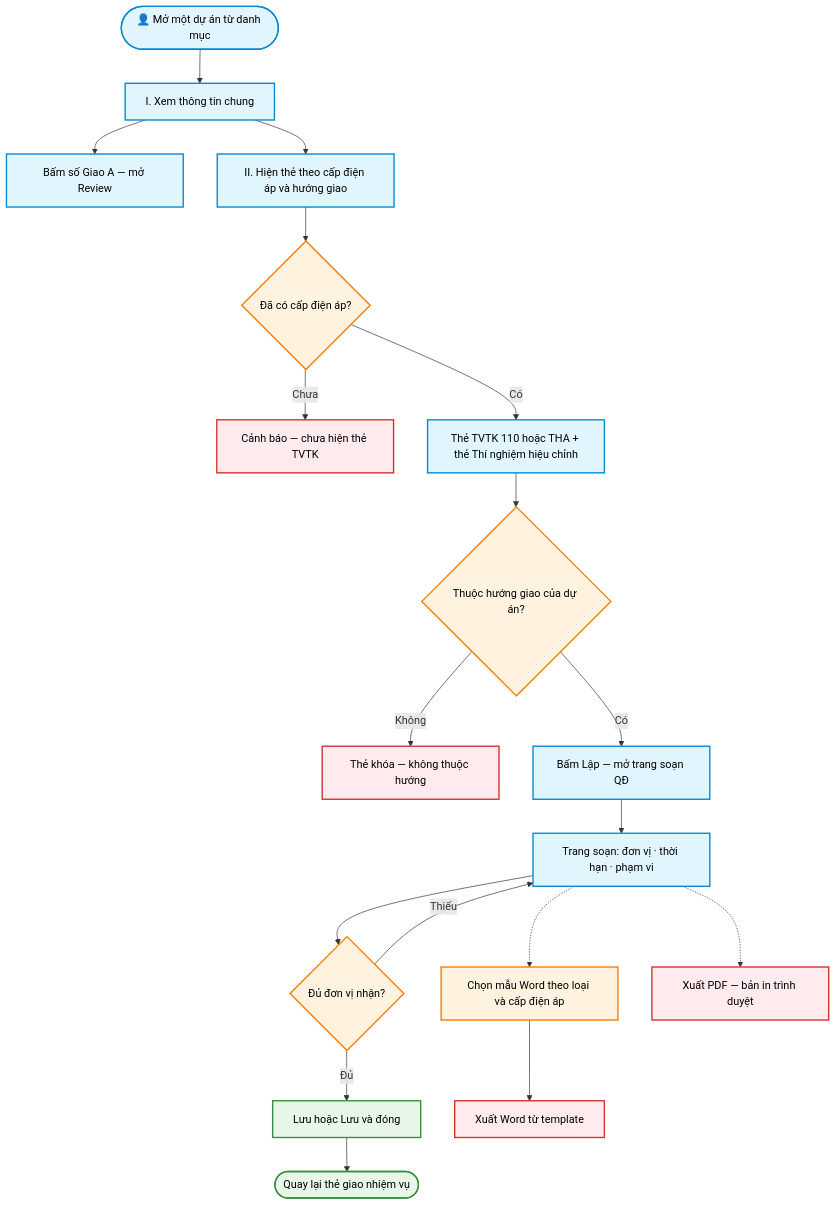
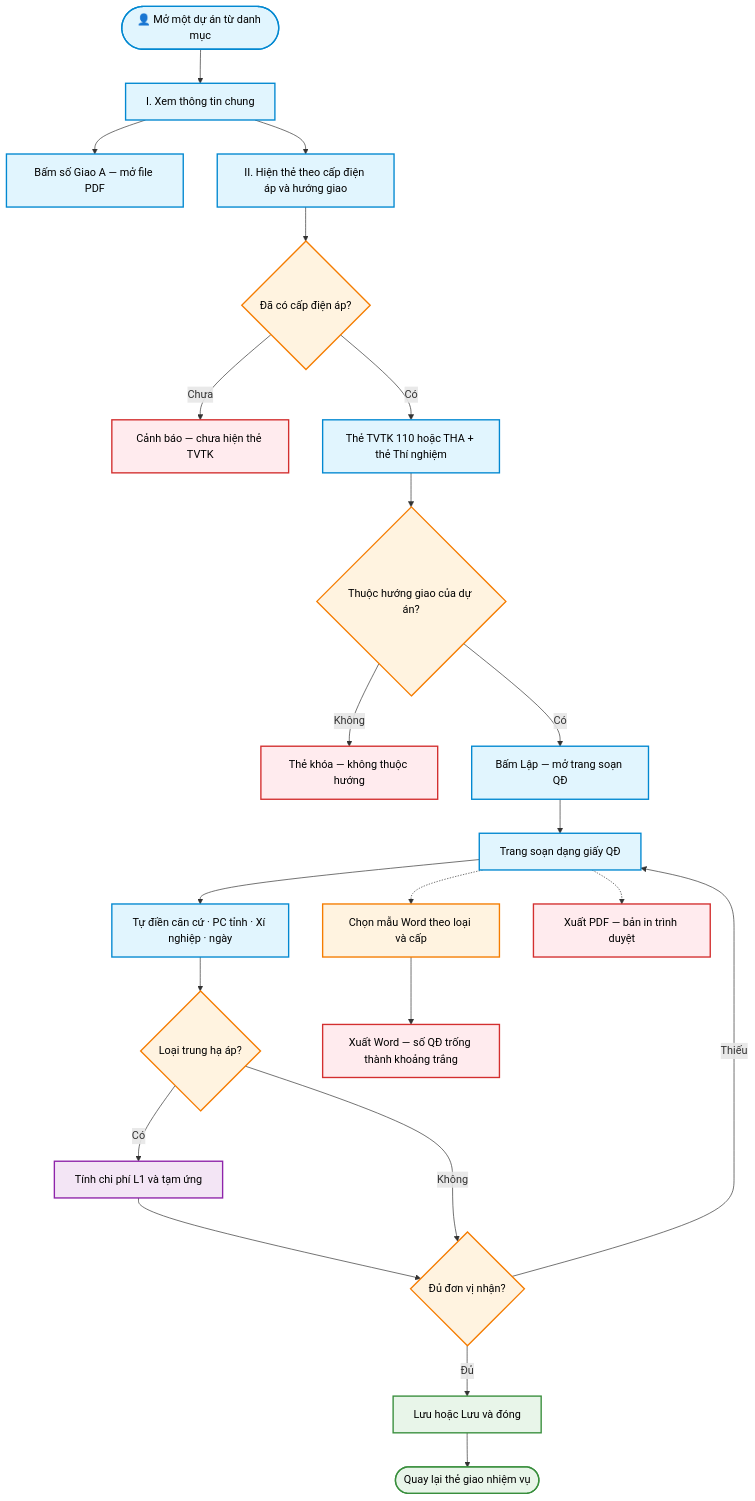
The diagram in workflows/02_giao_nhiem_vu.md (iSurvey86/gnvnpsc), drawn with Mermaid before and after one commit. The commit also changed other lines of this file and 75 other files, not shown here.

First line of the commit message:
Đóng phiên: soạn QĐ (form/L1/PC tỉnh/theme), auth-hệ thống, SQL 005–009.

````diff
--- a/workflows/02_giao_nhiem_vu.md
+++ b/workflows/02_giao_nhiem_vu.md
@@ -8,43 +8,49 @@
 ```mermaid
 flowchart TD
   classDef userClass fill:#E1F5FE,stroke:#0288D1,stroke-width:2px,color:#000
   classDef processClass fill:#FFF3E0,stroke:#F57C00,stroke-width:2px,color:#000
   classDef aiClass fill:#F3E5F5,stroke:#8E24AA,stroke-width:2px,color:#000
   classDef dbClass fill:#E8F5E9,stroke:#388E3C,stroke-width:2px,color:#000
   classDef exportClass fill:#FFEBEE,stroke:#D32F2F,stroke-width:2px,color:#000
 
   Open(["👤 Mở một dự án từ danh mục"])
   Info["I. Xem thông tin chung"]
-  LinkA["Bấm số Giao A — mở Review"]
+  LinkA["Bấm số Giao A — mở file PDF"]
   Sec2["II. Hiện thẻ theo cấp điện áp và hướng giao"]
   Cap{"Đã có cấp điện áp?"}
   NoCap["Cảnh báo — chưa hiện thẻ TVTK"]
-  PickCard["Thẻ TVTK 110 hoặc THA + thẻ Thí nghiệm hiệu chỉnh"]
+  PickCard["Thẻ TVTK 110 hoặc THA + thẻ Thí nghiệm"]
   Allow{"Thuộc hướng giao của dự án?"}
   Block["Thẻ khóa — không thuộc hướng"]
   Lap["Bấm Lập — mở trang soạn QĐ"]
-  Form["Trang soạn: đơn vị · thời hạn · phạm vi"]
+  Form["Trang soạn dạng giấy QĐ"]
+  MacDinh["Tự điền căn cứ · PC tỉnh · Xí nghiệp · ngày"]
+  Tien{"Loại trung hạ áp?"}
+  L1["Tính chi phí L1 và tạm ứng"]
   Valid{"Đủ đơn vị nhận?"}
   Save["Lưu hoặc Lưu và đóng"]
-  Pick["Chọn mẫu Word theo loại và cấp điện áp"]
-  Word["Xuất Word từ template"]
+  Pick["Chọn mẫu Word theo loại và cấp"]
+  Word["Xuất Word — số QĐ trống thành khoảng trắng"]
   Pdf["Xuất PDF — bản in trình duyệt"]
   End(["Quay lại thẻ giao nhiệm vụ"])
 
   Open --> Info
   Info --> LinkA
   Info --> Sec2 --> Cap
   Cap -->|Chưa| NoCap
   Cap -->|Có| PickCard --> Allow
   Allow -->|Không| Block
-  Allow -->|Có| Lap --> Form --> Valid
+  Allow -->|Có| Lap --> Form --> MacDinh --> Tien
+  Tien -->|Có| L1 --> Valid
+  Tien -->|Không| Valid
   Valid -->|Thiếu| Form
   Valid -->|Đủ| Save --> End
   Form -.-> Pick --> Word
   Form -.-> Pdf
 
-  class Open,Info,LinkA,Sec2,PickCard,Lap,Form userClass
-  class Cap,Allow,Valid,Pick processClass
+  class Open,Info,LinkA,Sec2,PickCard,Lap,Form,MacDinh userClass
+  class Cap,Allow,Valid,Tien,Pick processClass
+  class L1 aiClass
   class Save,End dbClass
   class Block,Word,Pdf,NoCap exportClass
 ```
````
